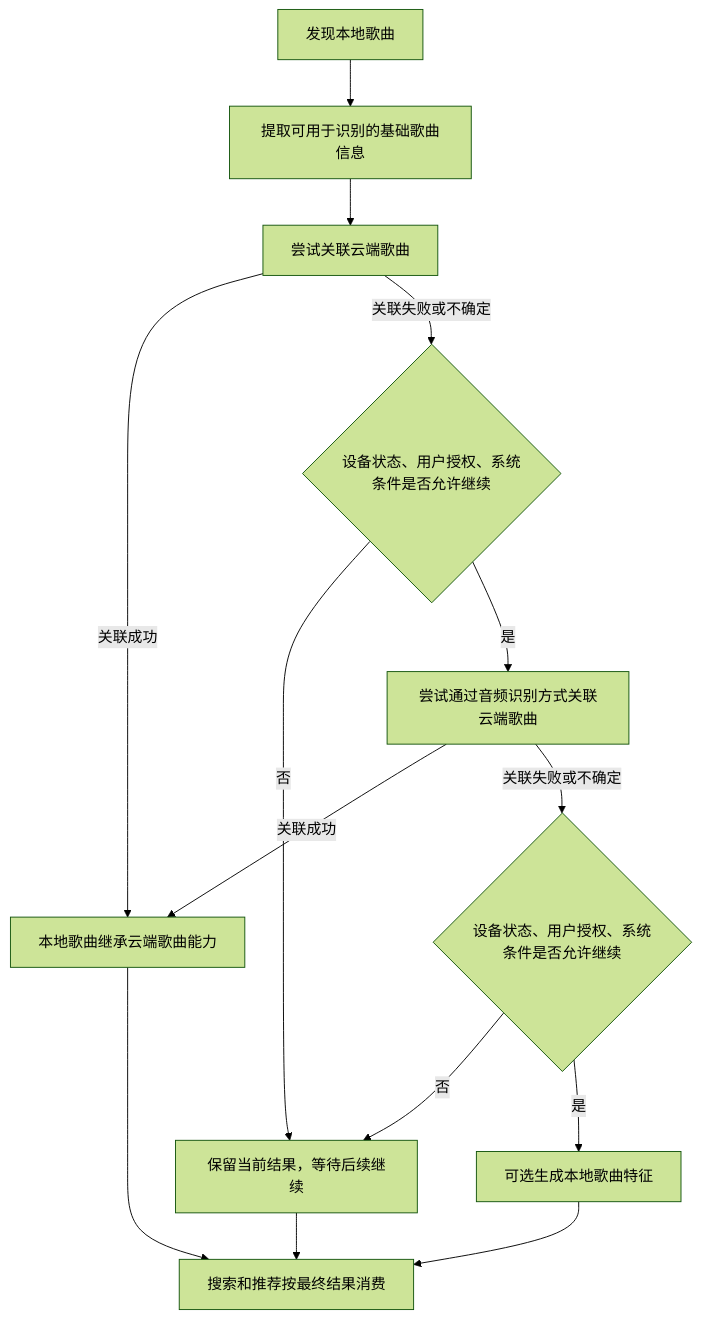
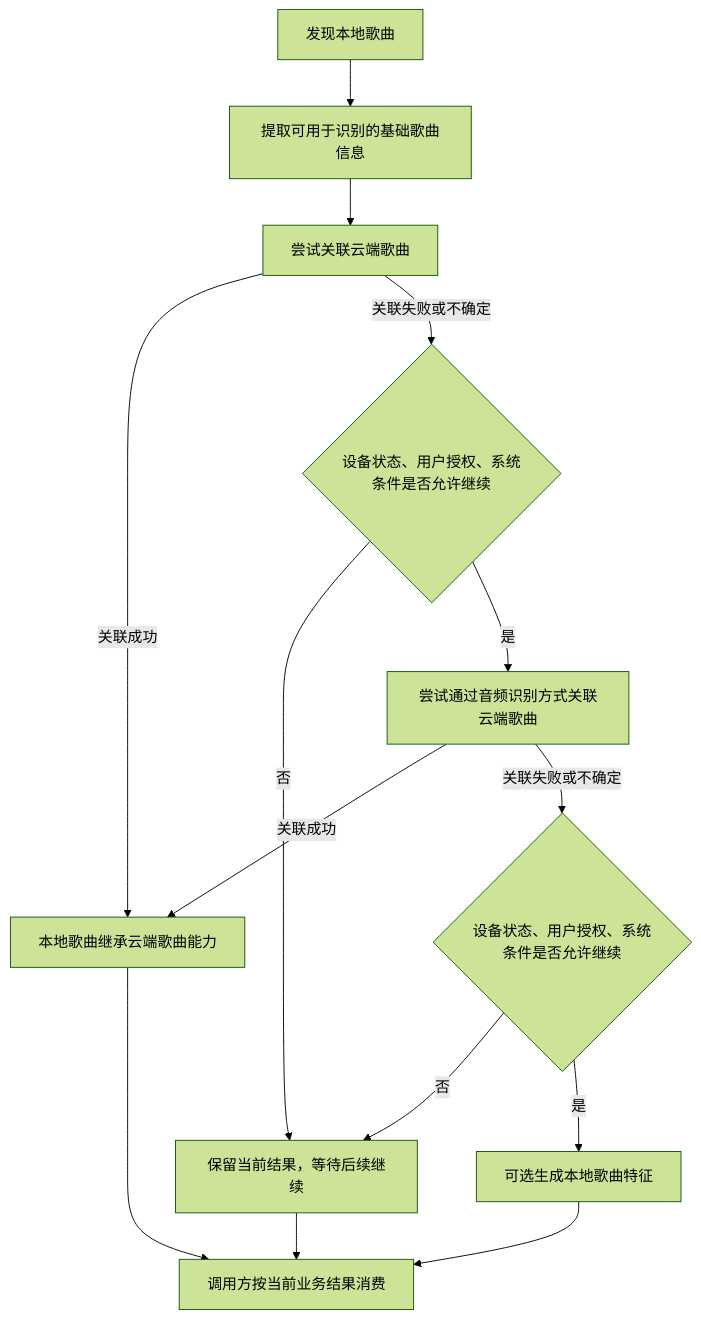
The diagram in .ai/prd/features/android-music-feature-extraction/prd-v0.1.md (gengqifu/blaster), drawn with Mermaid (forest theme) before and after one commit. The commit also changed other lines of this file, not shown here.

Commit message:
需求文档

````diff
--- a/.ai/prd/features/android-music-feature-extraction/prd-v0.1.md
+++ b/.ai/prd/features/android-music-feature-extraction/prd-v0.1.md
@@ -79,16 +79,16 @@
 ```mermaid
 flowchart TD
     A[发现本地歌曲] --> B[提取可用于识别的基础歌曲信息]
     B --> C[尝试关联云端歌曲]
     C -->|关联成功| D[本地歌曲继承云端歌曲能力]
     C -->|关联失败或不确定| E{设备状态、用户授权、系统条件是否允许继续}
     E -->|否| F[保留当前结果，等待后续继续]
     E -->|是| G[尝试通过音频识别方式关联云端歌曲]
     G -->|关联成功| D
     G -->|关联失败或不确定| H{设备状态、用户授权、系统条件是否允许继续}
     H -->|否| F
     H -->|是| I[可选生成本地歌曲特征]
-    I --> J[搜索和推荐按最终结果消费]
+    I --> J[调用方按当前业务结果消费]
     D --> J
     F --> J
 ```
````
